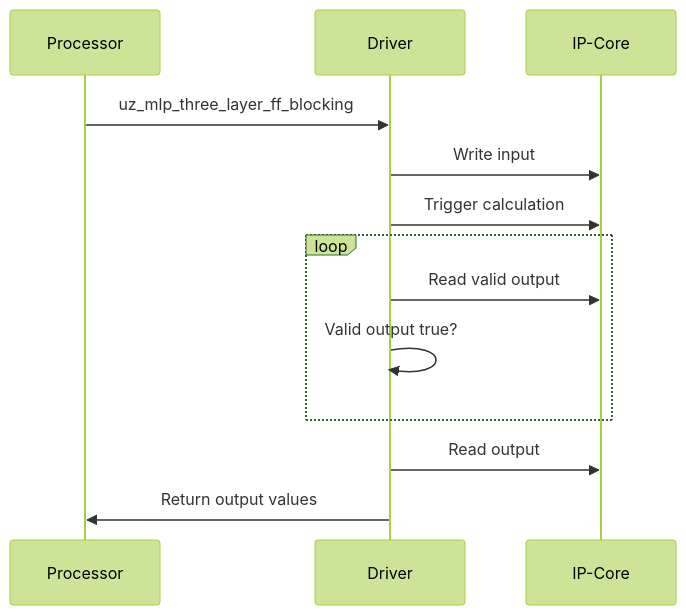
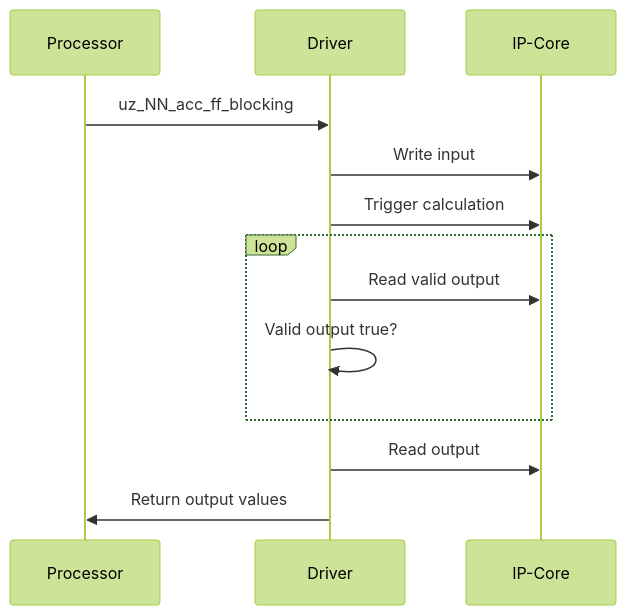
One commit to ultrazohm/ultrazohm_sw changed the first of 2 diagrams in docs/source/ip_cores/uz_NN_acc/uz_NN_acc.rst. Above: the diagram before and after it, drawn with Mermaid (forest theme). The commit also changed other lines of this file, not shown here.

```diff
--- a/docs/source/ip_cores/uz_NN_acc/uz_NN_acc.rst
+++ b/docs/source/ip_cores/uz_NN_acc/uz_NN_acc.rst
@@ -225,14 +261,14 @@
 .. mermaid::
 
    sequenceDiagram
        participant Processor
        participant Driver
-       Processor->>Driver: uz_mlp_three_layer_ff_blocking
+       Processor->>Driver: uz_NN_acc_ff_blocking
        Driver->>IP-Core: Write input
        Driver->>IP-Core: Trigger calculation
        loop
            Driver->>IP-Core: Read valid output
            Driver->>Driver: Valid output true?
        end
        Driver->>IP-Core: Read output
        Driver->>Processor: Return output values
```
